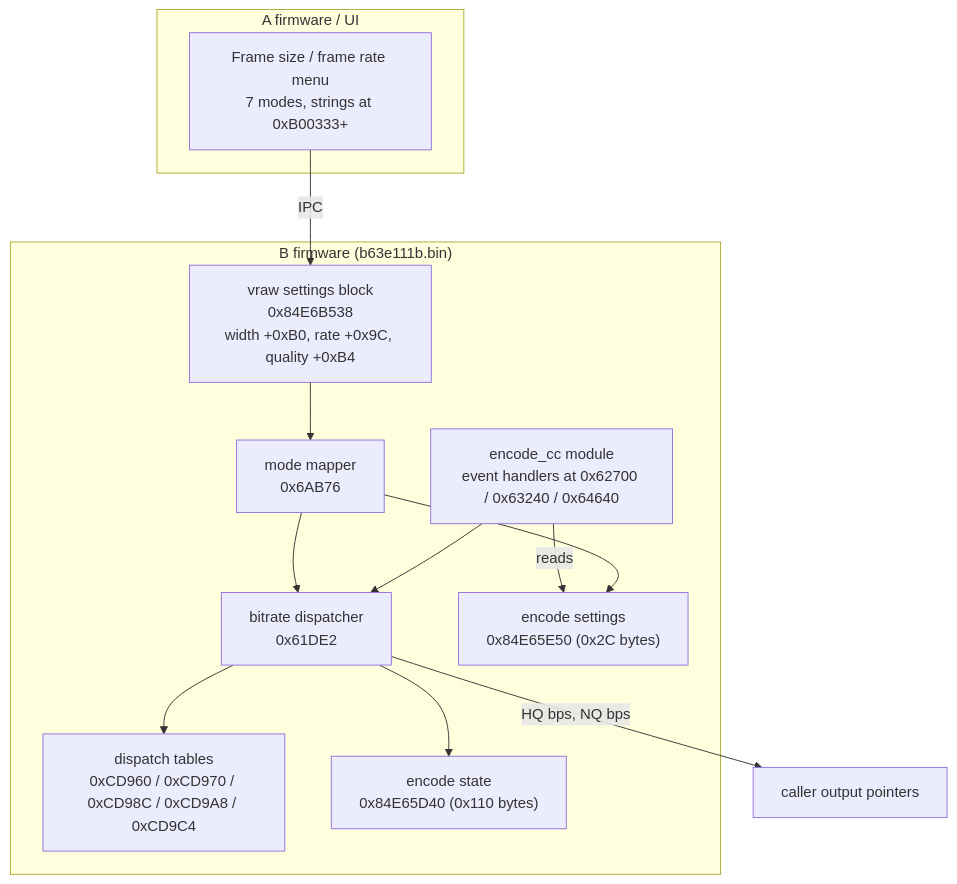
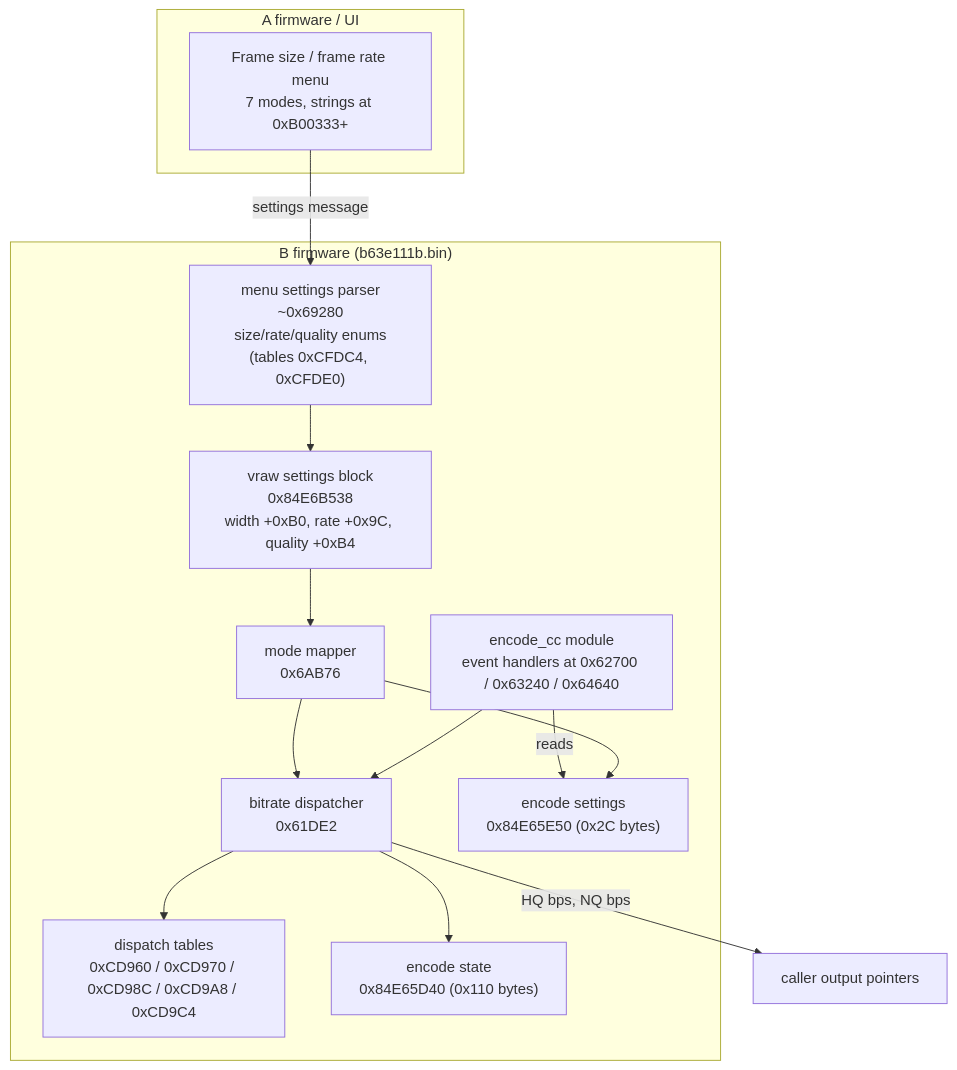
Before and after one commit to w1ne/nikon-d800e-toolkit: the first of 4 diagrams in re/d800e/ENCODE-MODULE.md, drawn with Mermaid. The commit also changed other lines of this file and 2 other files, not shown here.

Commit message:
Round 4: find the movie settings parser (~0x69280). Enum tables prove rate enum == record order (24/60/30/15/2.4/50/25; NTSC pulldown 1001 vs PAL 1000) and size enum == group order (1920x1080 ... 320x216); chain UI->parser->vraw->mapper->dispatcher is complete

````diff
--- a/re/d800e/ENCODE-MODULE.md
+++ b/re/d800e/ENCODE-MODULE.md
@@ -9,22 +9,23 @@
 ```mermaid
 flowchart TB
     subgraph A["A firmware / UI"]
         MENU["Frame size / frame rate menu\n7 modes, strings at 0xB00333+"]
     end
     subgraph B["B firmware (b63e111b.bin)"]
+        PARSE["menu settings parser\n~0x69280\nsize/rate/quality enums\n(tables 0xCFDC4, 0xCFDE0)"]
         VRAW["vraw settings block\n0x84E6B538\nwidth +0xB0, rate +0x9C, quality +0xB4"]
         MAP["mode mapper\n0x6AB76"]
         DISP["bitrate dispatcher\n0x61DE2"]
         TAB["dispatch tables\n0xCD960 / 0xCD970 / 0xCD98C / 0xCD9A8 / 0xCD9C4"]
         ENC["encode_cc module\nevent handlers at 0x62700 / 0x63240 / 0x64640"]
         STATE["encode settings\n0x84E65E50 (0x2C bytes)"]
         RUN["encode state\n0x84E65D40 (0x110 bytes)"]
     end
-    MENU -->|IPC| VRAW --> MAP --> DISP
+    MENU -->|settings message| PARSE --> VRAW --> MAP --> DISP
     DISP --> TAB
     DISP -->|"HQ bps, NQ bps"| OUT["caller output pointers"]
     ENC -->|reads| STATE
     ENC --> DISP
     MAP --> STATE
     DISP --> RUN
 ```
````
